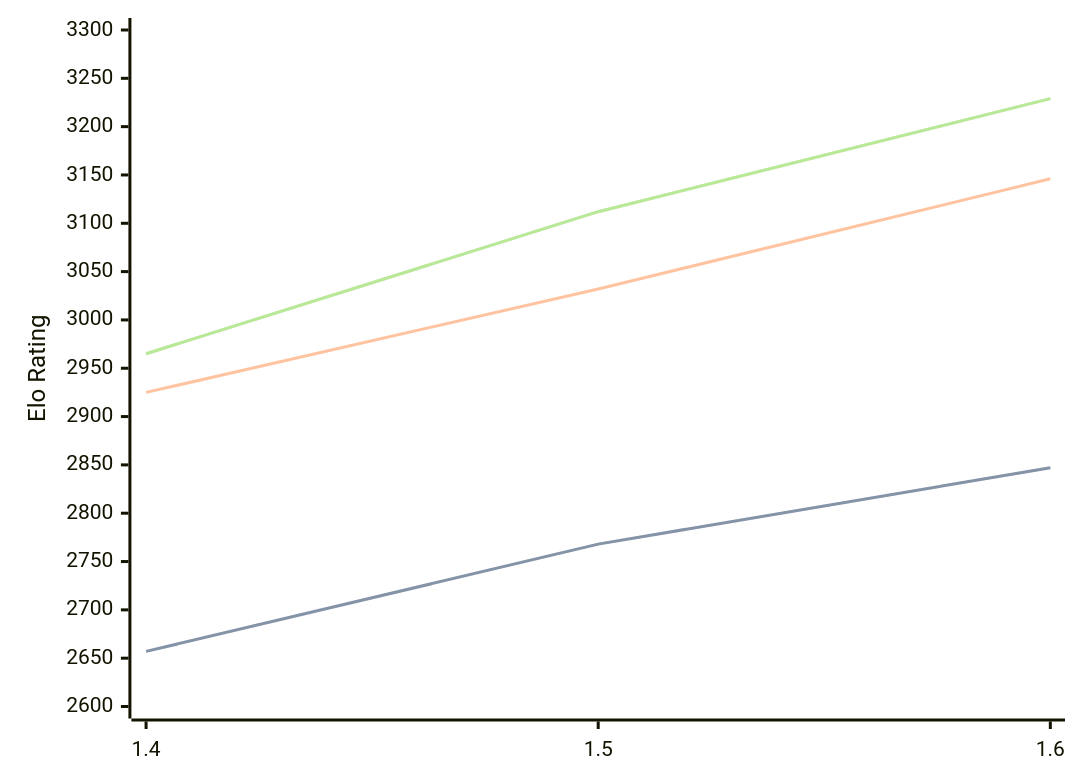
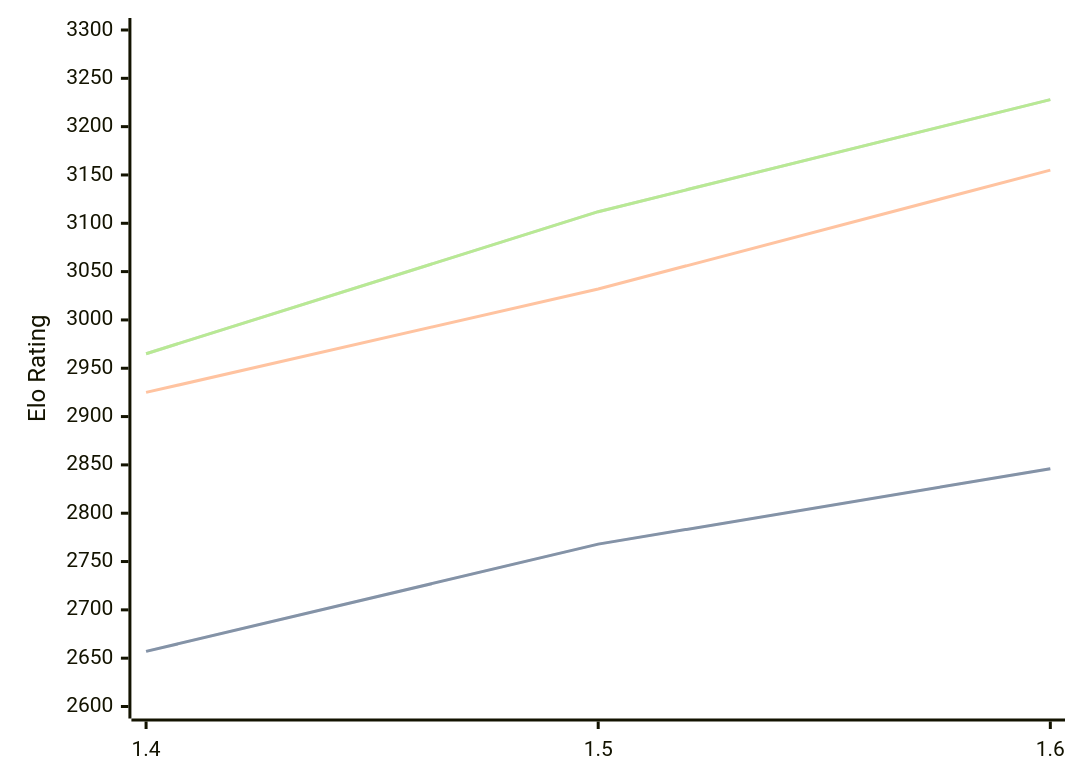
Before and after one commit to computer-chess-index/cci: the diagram in engines/Yakka.md, drawn with Mermaid. The commit also changed other lines of this file, not shown here.

Commit message:
Update CCI Ratings (ELO VLTC) - 2026-10-03

````diff
--- a/engines/Yakka.md
+++ b/engines/Yakka.md
@@ -33,11 +33,11 @@
 ```mermaid
 %%{init: {"theme":"base","themeVariables":{"seriesColors:['#a3a3a3','#222221','#faa371']}}}%%
 xychart-beta
   x-axis ["1.4", "1.5", "1.6"]
   y-axis "Elo Rating" 2600 --> 3300
-  line "" [2657, 2768, 2847]
-  line "STC (8.0+0.08s)" [2657, 2768, 2847]
-  line "LTC (60.0+0.60s)" [2925, 3032, 3146]
-  line "" [2965, 3112, 3229]
-  line "VLTC (2m24s+1.12s)" [2965, 3112, 3229]
+  line "" [2657, 2768, 2846]
+  line "STC (8.0+0.08s)" [2657, 2768, 2846]
+  line "LTC (60.0+0.60s)" [2925, 3032, 3155]
+  line "" [2965, 3112, 3228]
+  line "VLTC (2m24s+1.12s)" [2965, 3112, 3228]
 ```
````
